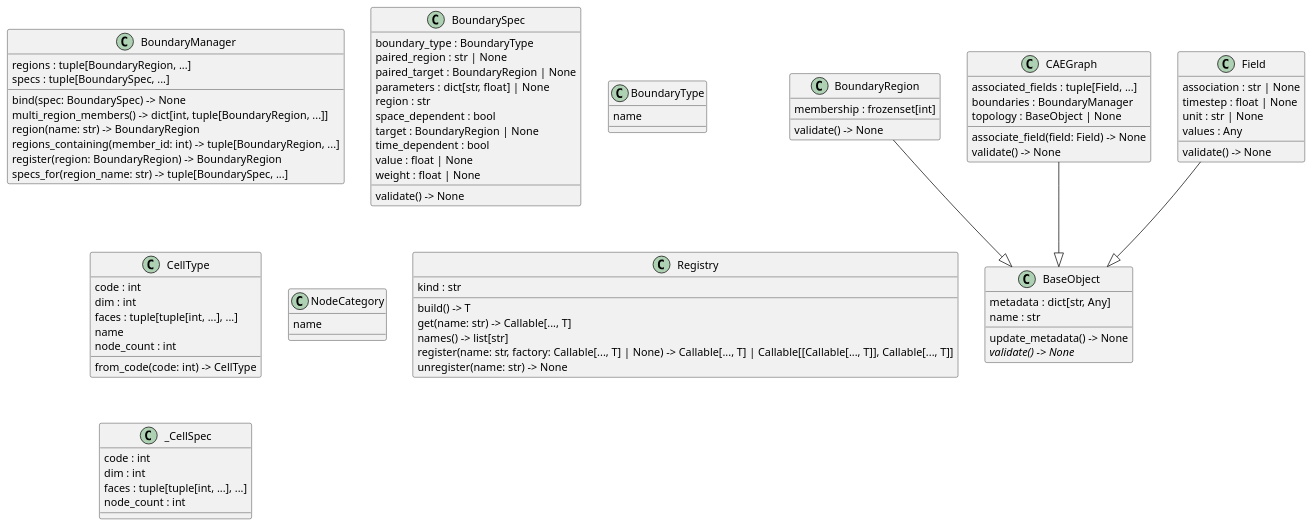
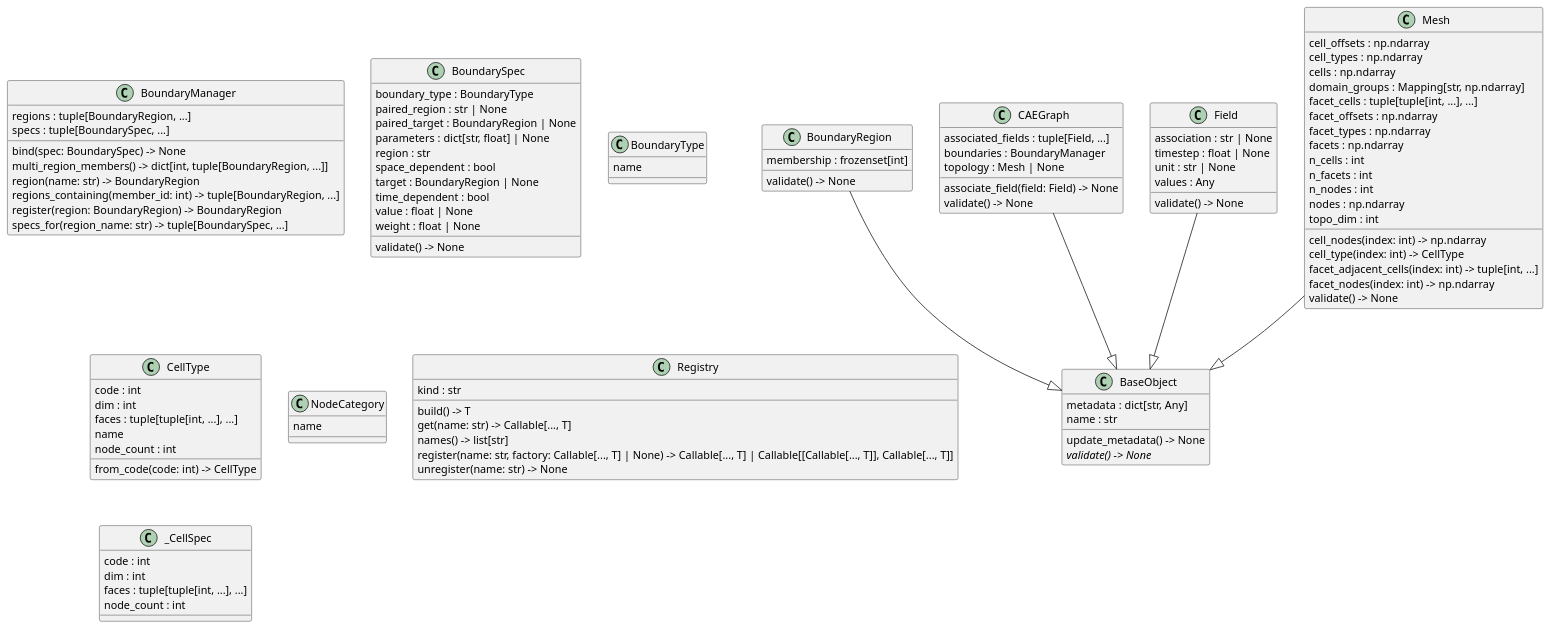
The diagram in diagrams/generated/classes_caegraph.puml (XYChouMian/caegraph), drawn with PlantUML before and after one commit. The commit also changed 5 other files, not shown here.

Commit message:
docs: sync phase2 docs and generated uml with topology subsystem

```diff
--- a/diagrams/generated/classes_caegraph.puml
+++ b/diagrams/generated/classes_caegraph.puml
@@ -1,81 +1,102 @@
 @startuml classes_caegraph
 set namespaceSeparator none
 class "BaseObject" as caegraph.core.base.BaseObject {
   metadata : dict[str, Any]
   name : str
   update_metadata() -> None
   {abstract}validate() -> None
 }
 class "BoundaryManager" as caegraph.core.boundary.manager.BoundaryManager {
   regions : tuple[BoundaryRegion, ...]
   specs : tuple[BoundarySpec, ...]
   bind(spec: BoundarySpec) -> None
   multi_region_members() -> dict[int, tuple[BoundaryRegion, ...]]
   region(name: str) -> BoundaryRegion
   regions_containing(member_id: int) -> tuple[BoundaryRegion, ...]
   register(region: BoundaryRegion) -> BoundaryRegion
   specs_for(region_name: str) -> tuple[BoundarySpec, ...]
 }
 class "BoundaryRegion" as caegraph.core.boundary.region.BoundaryRegion {
   membership : frozenset[int]
   validate() -> None
 }
 class "BoundarySpec" as caegraph.core.boundary.spec.BoundarySpec {
   boundary_type : BoundaryType
   paired_region : str | None
   paired_target : BoundaryRegion | None
   parameters : dict[str, float] | None
   region : str
   space_dependent : bool
   target : BoundaryRegion | None
   time_dependent : bool
   value : float | None
   weight : float | None
   validate() -> None
 }
 class "BoundaryType" as caegraph.core.enums.BoundaryType {
   name
 }
 class "CAEGraph" as caegraph.core.caegraph.CAEGraph {
   associated_fields : tuple[Field, ...]
   boundaries : BoundaryManager
-  topology : BaseObject | None
+  topology : Mesh | None
   associate_field(field: Field) -> None
   validate() -> None
 }
-class "CellType" as caegraph.core.celltype.CellType {
+class "CellType" as caegraph.core.topology.celltype.CellType {
   code : int
   dim : int
   faces : tuple[tuple[int, ...], ...]
   name
   node_count : int
   from_code(code: int) -> CellType
 }
 class "Field" as caegraph.core.field.Field {
   association : str | None
   timestep : float | None
   unit : str | None
   values : Any
   validate() -> None
 }
+class "Mesh" as caegraph.core.topology.mesh.Mesh {
+  cell_offsets : np.ndarray
+  cell_types : np.ndarray
+  cells : np.ndarray
+  domain_groups : Mapping[str, np.ndarray]
+  facet_cells : tuple[tuple[int, ...], ...]
+  facet_offsets : np.ndarray
+  facet_types : np.ndarray
+  facets : np.ndarray
+  n_cells : int
+  n_facets : int
+  n_nodes : int
+  nodes : np.ndarray
+  topo_dim : int
+  cell_nodes(index: int) -> np.ndarray
+  cell_type(index: int) -> CellType
+  facet_adjacent_cells(index: int) -> tuple[int, ...]
+  facet_nodes(index: int) -> np.ndarray
+  validate() -> None
+}
 class "NodeCategory" as caegraph.core.enums.NodeCategory {
   name
 }
 class "Registry" as caegraph.core.registry.Registry {
   kind : str
   build() -> T
   get(name: str) -> Callable[..., T]
   names() -> list[str]
   register(name: str, factory: Callable[..., T] | None) -> Callable[..., T] | Callable[[Callable[..., T]], Callable[..., T]]
   unregister(name: str) -> None
 }
-class "_CellSpec" as caegraph.core.celltype._CellSpec {
+class "_CellSpec" as caegraph.core.topology.celltype._CellSpec {
   code : int
   dim : int
   faces : tuple[tuple[int, ...], ...]
   node_count : int
 }
 caegraph.core.boundary.region.BoundaryRegion --|> caegraph.core.base.BaseObject
 caegraph.core.caegraph.CAEGraph --|> caegraph.core.base.BaseObject
 caegraph.core.field.Field --|> caegraph.core.base.BaseObject
+caegraph.core.topology.mesh.Mesh --|> caegraph.core.base.BaseObject
 @enduml
```
